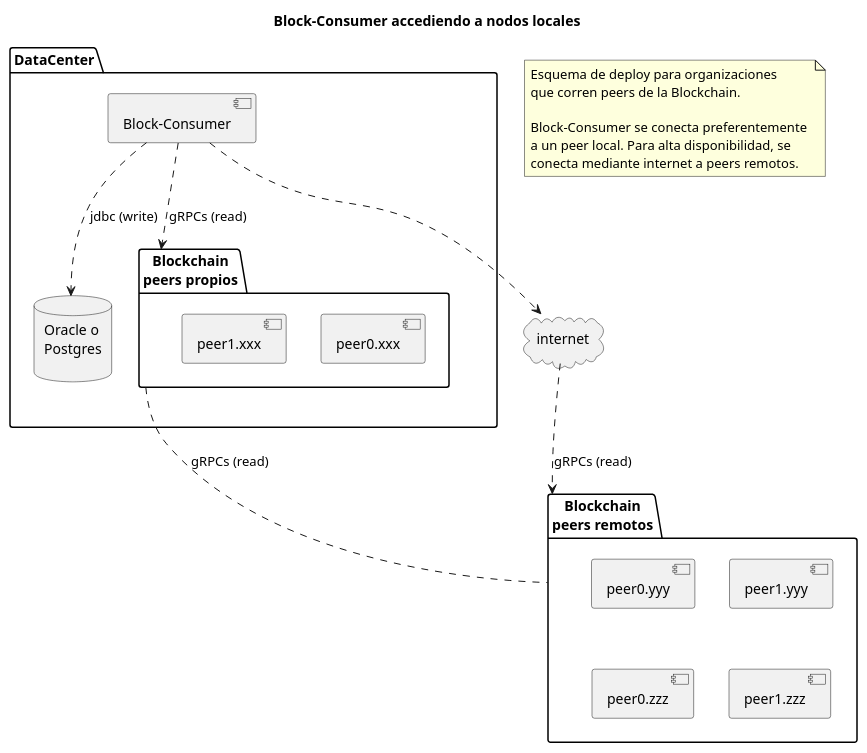
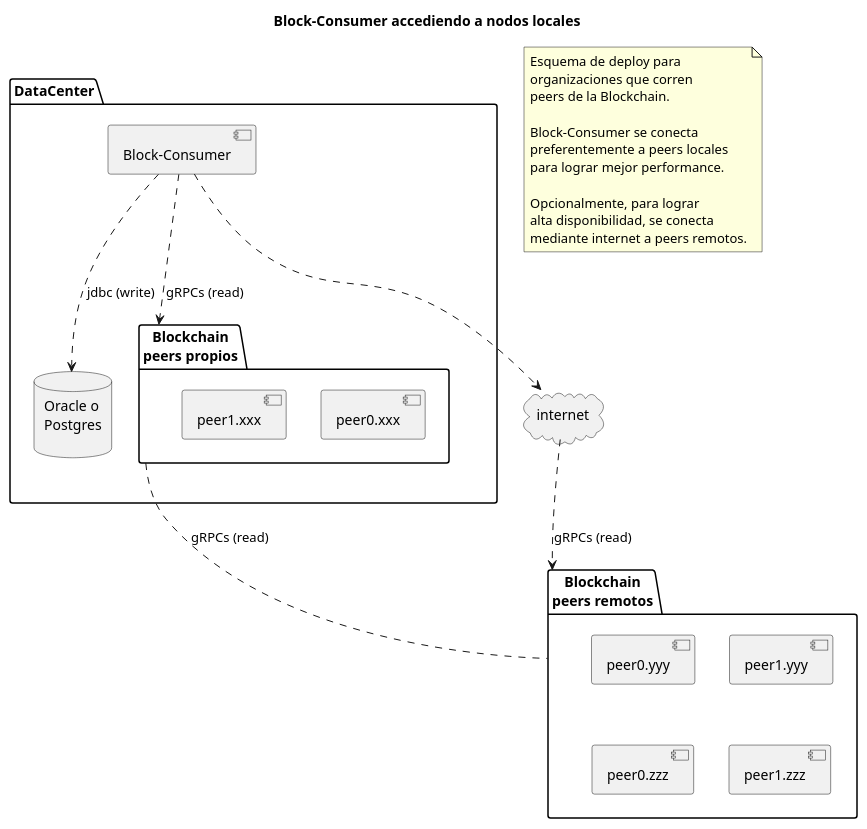
Before and after one commit to padfed/padfed-doc: the diagram in applications/block-consumer/images/deploy-accediendo-a-nodos-locales.plantuml, drawn with PlantUML. The commit also changed 13 other files, not shown here.

Commit message:
Mejoras en la documentacion de Block-Consumer

```diff
--- a/applications/block-consumer/images/deploy-accediendo-a-nodos-locales.plantuml
+++ b/applications/block-consumer/images/deploy-accediendo-a-nodos-locales.plantuml
@@ -1,40 +1,45 @@
 @startuml deploy-accediendo-a-nodos-locales
 
 title Block-Consumer accediendo a nodos locales
 
 note as N1
-Esquema de deploy para organizaciones 
-que corren peers de la Blockchain.
+Esquema de deploy para 
+organizaciones que corren 
+peers de la Blockchain.
 
-Block-Consumer se conecta preferentemente 
-a un peer local. Para alta disponibilidad, se 
-conecta mediante internet a peers remotos.
+Block-Consumer se conecta 
+preferentemente a peers locales 
+para lograr mejor performance.
+
+Opcionalmente, para lograr 
+alta disponibilidad, se conecta 
+mediante internet a peers remotos.
 end note
 
 package "Blockchain\npeers remotos" as remotos {
     [peer0.yyy]
     [peer1.yyy]
     [peer0.zzz]
     [peer1.zzz]
 } 
 
 package DataCenter {
     component [Block-Consumer] as BlockConsumer 
     database "Oracle o\nPostgres\n" as db
     package "Blockchain\npeers propios" as locales {
     [peer0.xxx]
     [peer1.xxx]
 } 
 } 
 
 cloud internet
 
 BlockConsumer ..> locales : gRPCs (read)
 BlockConsumer ..> internet 
 BlockConsumer ..> db : jdbc (write)
 internet ..> remotos : gRPCs (read)
 locales .. remotos : gRPCs (read)
 
 DataCenter -[hidden]left- remotos
 
 @enduml
```
